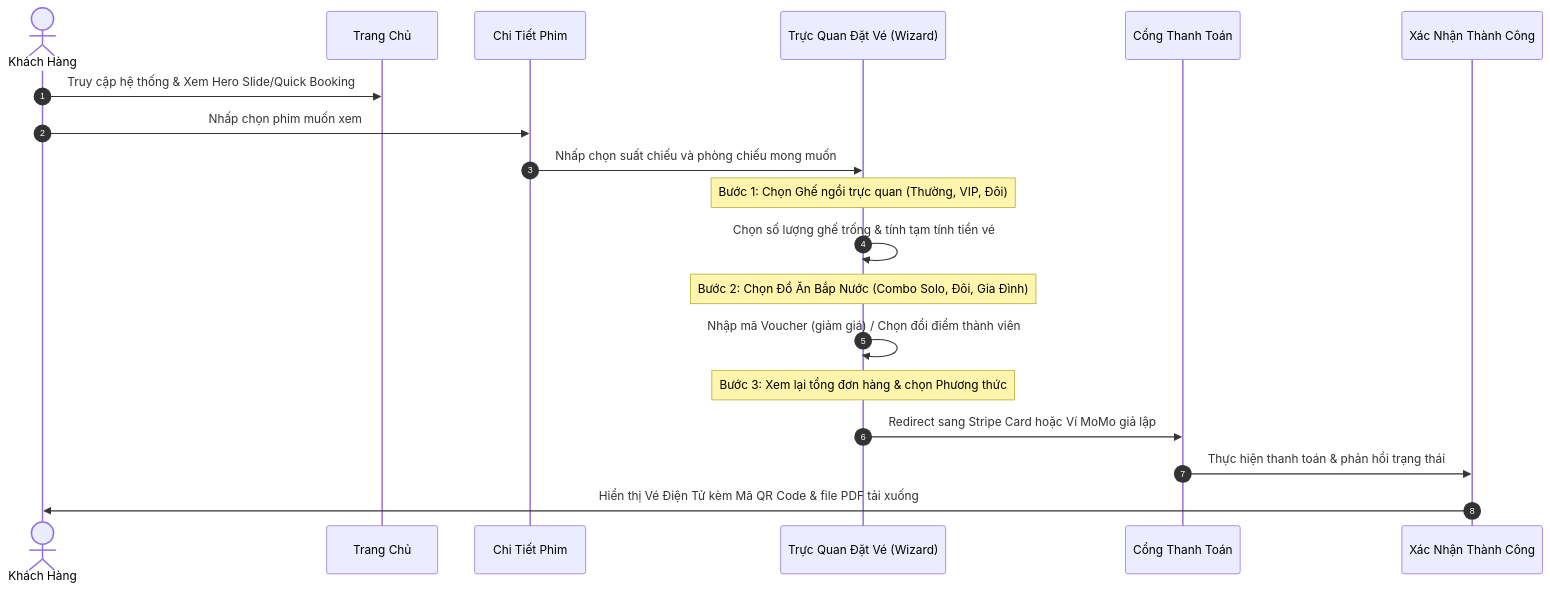
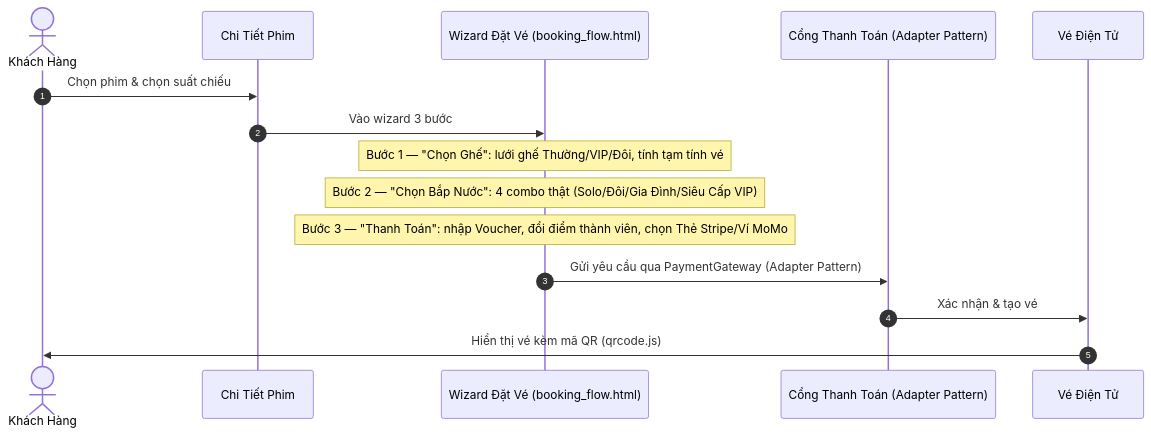
The second of 3 diagrams in UI_UX_MASTER_PLAN.md (phidanghai-spec/Cinema-Management-System), drawn with Mermaid before and after one commit. The commit also changed other lines of this file and 2 other files, not shown here.

Commit message:
style: chuan hoa spacing/mau nen trang chu theo design token he thong & cap nhat tai lieu kien truc giao dien

````diff
--- a/UI_UX_MASTER_PLAN.md
+++ b/UI_UX_MASTER_PLAN.md
@@ -71,22 +69,18 @@
 ```mermaid
 sequenceDiagram
     autonumber
     actor User as Khách Hàng
-    participant Home as Trang Chủ
     participant Detail as Chi Tiết Phim
-    participant Flow as Trực Quan Đặt Vé (Wizard)
-    participant Gateway as Cổng Thanh Toán
-    participant Success as Xác Nhận Thành Công
+    participant Flow as Wizard Đặt Vé (booking_flow.html)
+    participant Gateway as Cổng Thanh Toán (Adapter Pattern)
+    participant Ticket as Vé Điện Tử
 
-    User->>Home: Truy cập hệ thống & Xem Hero Slide/Quick Booking
-    User->>Detail: Nhấp chọn phim muốn xem
-    Detail->>Flow: Nhấp chọn suất chiếu và phòng chiếu mong muốn
-    Note over Flow: Bước 1: Chọn Ghế ngồi trực quan (Thường, VIP, Đôi)
-    Flow->>Flow: Chọn số lượng ghế trống & tính tạm tính tiền vé
-    Note over Flow: Bước 2: Chọn Đồ Ăn Bắp Nước (Combo Solo, Đôi, Gia Đình)
-    Flow->>Flow: Nhập mã Voucher (giảm giá) / Chọn đổi điểm thành viên
-    Note over Flow: Bước 3: Xem lại tổng đơn hàng & chọn Phương thức
-    Flow->>Gateway: Redirect sang Stripe Card hoặc Ví MoMo giả lập
-    Gateway->>Success: Thực hiện thanh toán & phản hồi trạng thái
-    Success->>User: Hiển thị Vé Điện Tử kèm Mã QR Code & file PDF tải xuống
+    User->>Detail: Chọn phim & chọn suất chiếu
+    Detail->>Flow: Vào wizard 3 bước
+    Note over Flow: Bước 1 — "Chọn Ghế": lưới ghế Thường/VIP/Đôi, tính tạm tính vé
+    Note over Flow: Bước 2 — "Chọn Bắp Nước": 4 combo thật (Solo/Đôi/Gia Đình/Siêu Cấp VIP)
+    Note over Flow: Bước 3 — "Thanh Toán": nhập Voucher, đổi điểm thành viên, chọn Thẻ Stripe/Ví MoMo
+    Flow->>Gateway: Gửi yêu cầu qua PaymentGateway (Adapter Pattern)
+    Gateway->>Ticket: Xác nhận & tạo vé
+    Ticket->>User: Hiển thị vé kèm mã QR (qrcode.js)
 ```
````
